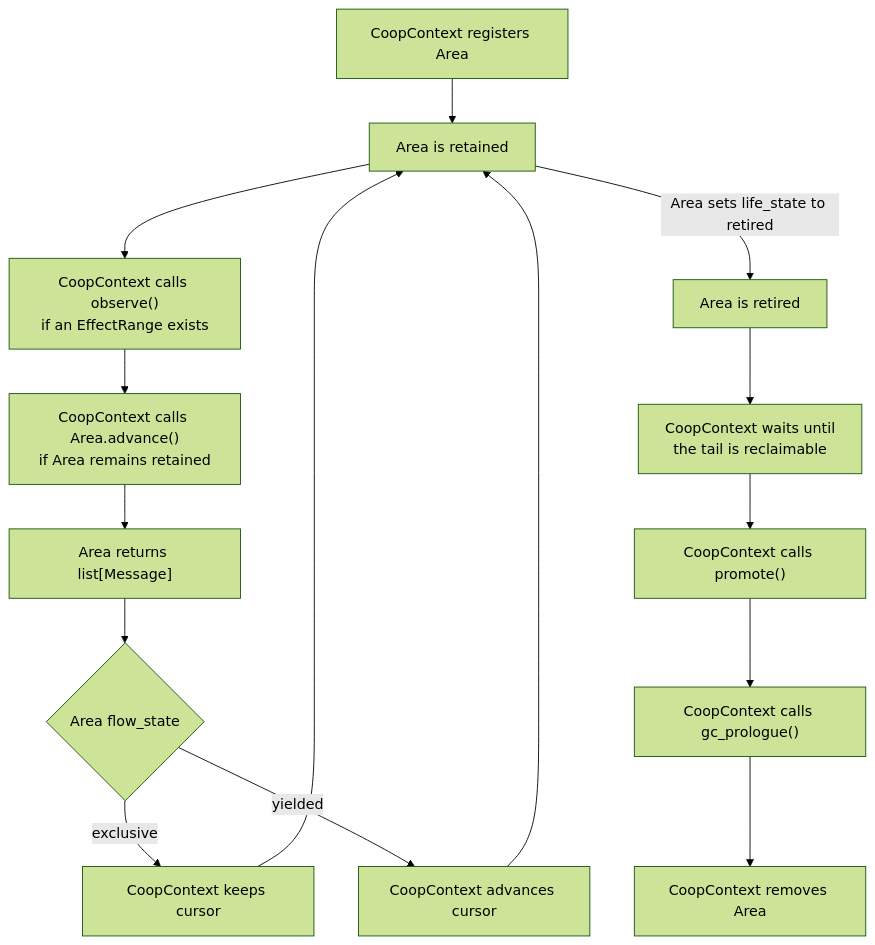
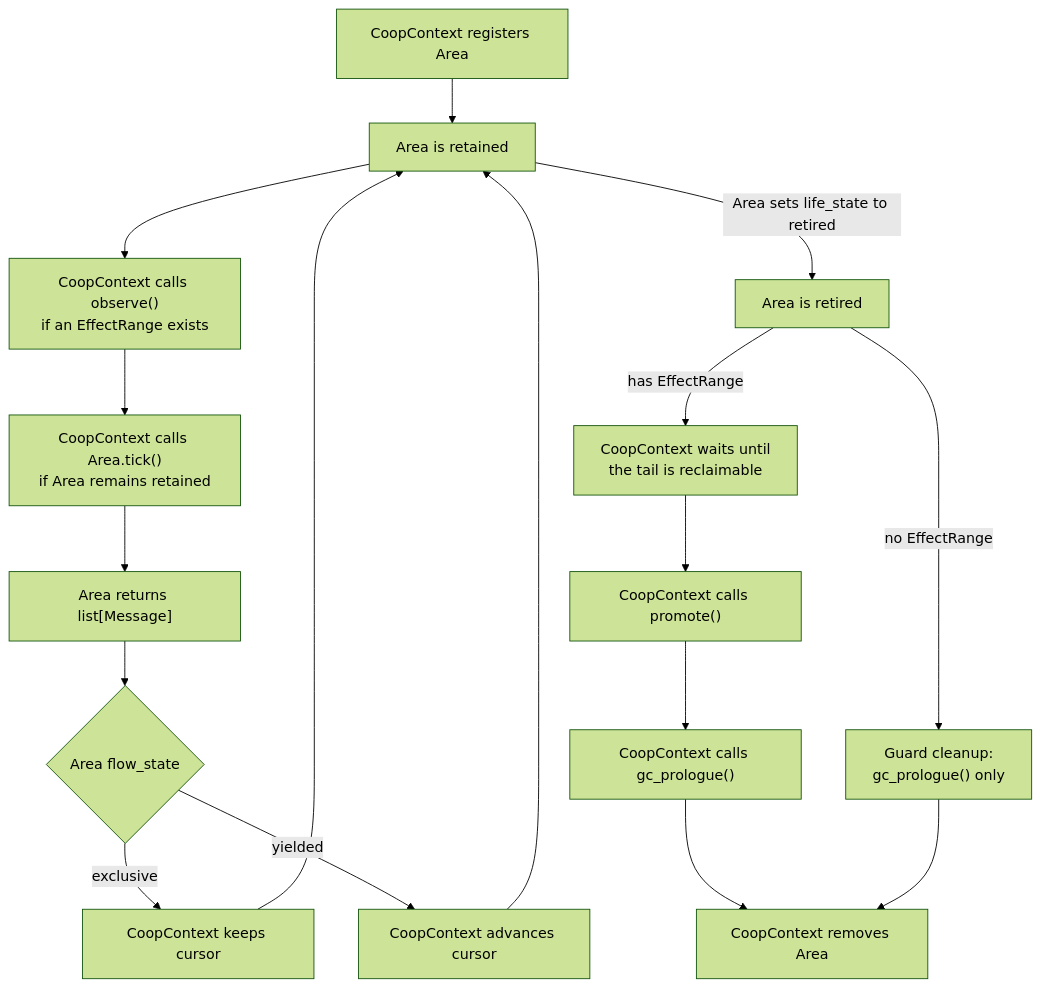
The diagram in docs/en/context-areas.md (OvenFoSten/Hydrangea), drawn with Mermaid (forest theme) before and after one commit. The commit also changed other lines of this file and 7 other files, not shown here.

First line of the commit message:
Discard retired Areas without Context effects

````diff
--- a/docs/en/context-areas.md
+++ b/docs/en/context-areas.md
@@ -184,22 +184,24 @@
 ```mermaid
 flowchart TD
     accTitle: Context Area lifecycle
-    accDescr: CoopContext repeatedly observes and advances a retained Area, then waits until a retired Area can be promoted and reclaimed.
+    accDescr: CoopContext repeatedly observes and ticks a retained Area. Retired Areas with effects wait for tail collection; those without effects receive only a cleanup notification before removal.
 
     Register["CoopContext registers Area"] --> Retain["Area is retained"]
     Retain --> Observe["CoopContext calls observe()<br/>if an EffectRange exists"]
-    Observe --> AreaAdvance["CoopContext calls Area.advance()<br/>if Area remains retained"]
-    AreaAdvance --> Messages["Area returns list[Message]"]
+    Observe --> AreaTick["CoopContext calls Area.tick()<br/>if Area remains retained"]
+    AreaTick --> Messages["Area returns list[Message]"]
     Messages --> Flow{"Area flow_state"}
 
     Flow -- exclusive --> Keep["CoopContext keeps cursor"]
     Flow -- yielded --> Advance["CoopContext advances cursor"]
     Keep --> Retain
     Advance --> Retain
 
     Retain -->|"Area sets life_state to retired"| Retired["Area is retired"]
-    Retired --> Wait["CoopContext waits until<br/>the tail is reclaimable"]
+    Retired -->|"has EffectRange"| Wait["CoopContext waits until<br/>the tail is reclaimable"]
     Wait --> Promote["CoopContext calls promote()"]
     Promote --> Prologue["CoopContext calls gc_prologue()"]
     Prologue --> Removed["CoopContext removes Area"]
+    Retired -->|"no EffectRange"| Discard["Guard cleanup:<br/>gc_prologue() only"]
+    Discard --> Removed
 ```
````
